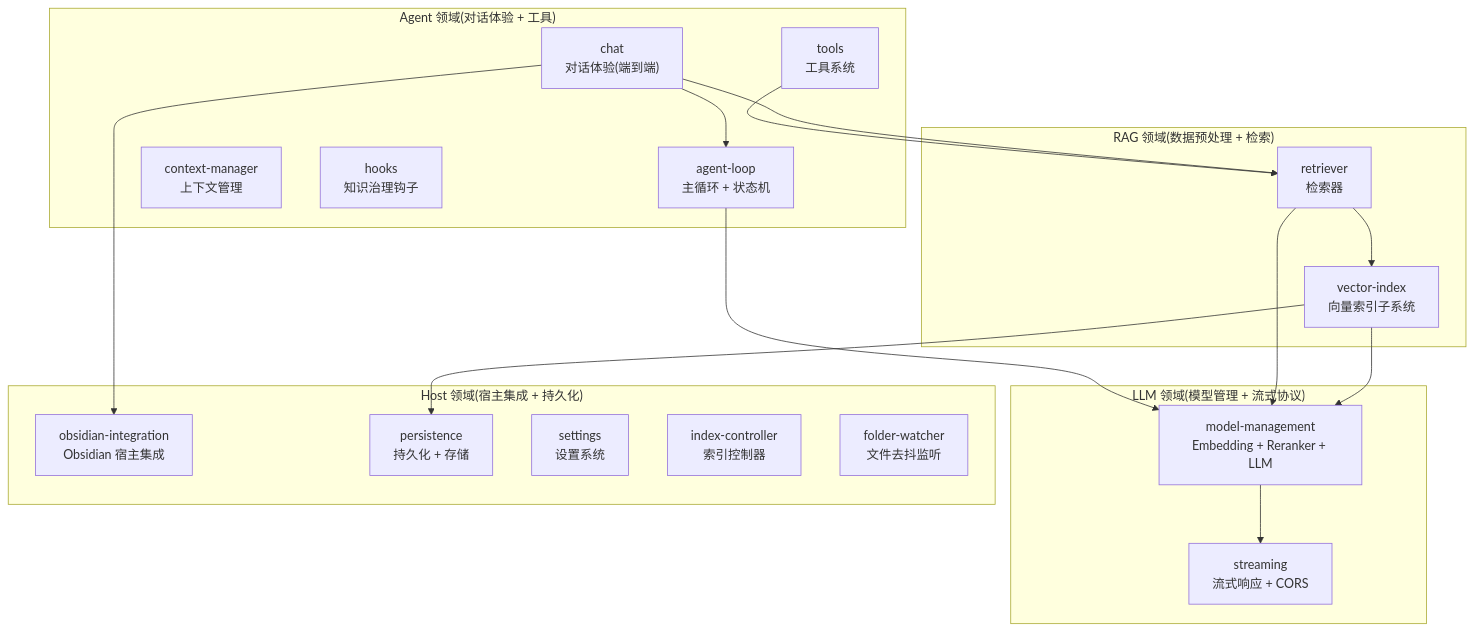
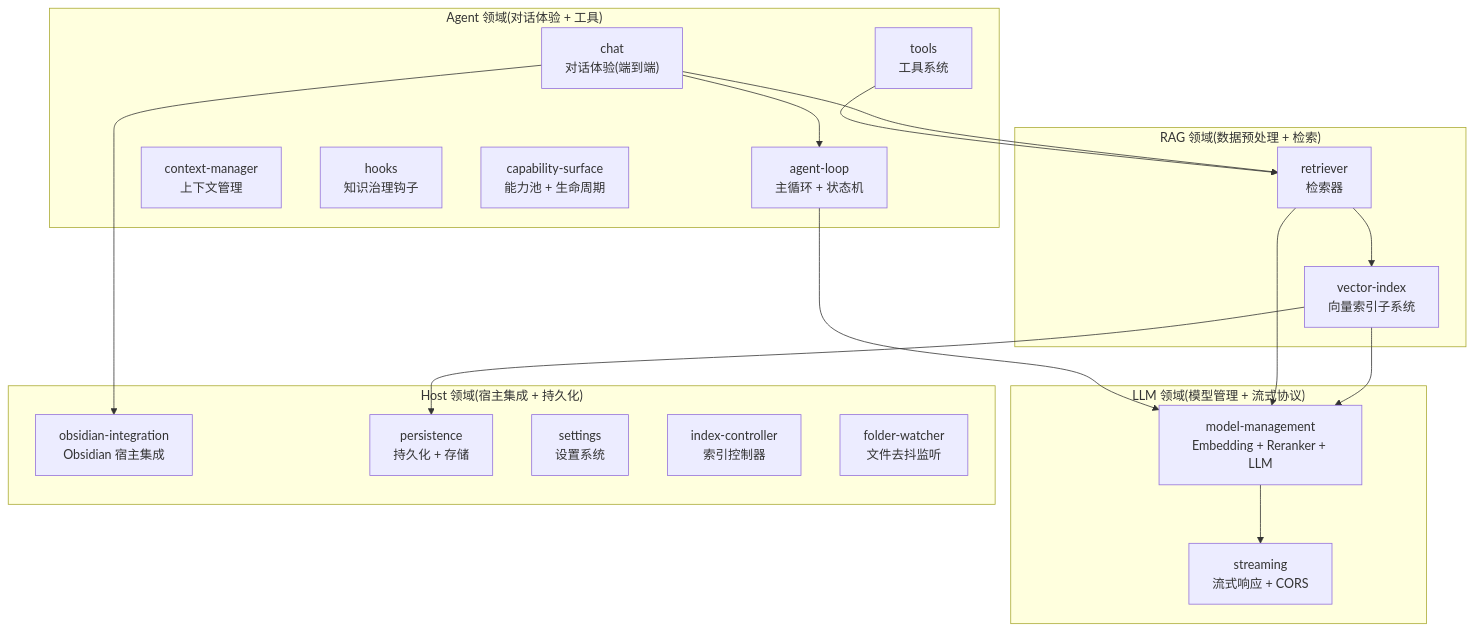
The sixth of 10 diagrams in docs/architecture/overview.md (golddream-y/obsidian-ratel), drawn with Mermaid before and after one commit. The commit also changed other lines of this file and 15 other files, not shown here.

First line of the commit message:
docs(arch): 图谱检索 + MCP 平台 + 能力池架构设计与文档收敛

````diff
--- a/docs/architecture/overview.md
+++ b/docs/architecture/overview.md
@@ -182,39 +184,40 @@
 ```mermaid
 graph TB
     subgraph "RAG 领域(数据预处理 + 检索)"
         R1["vector-index<br/>向量索引子系统"]
         R2["retriever<br/>检索器"]
     end
 
     subgraph "Agent 领域(对话体验 + 工具)"
         A0["chat<br/>对话体验(端到端)"]
         A1["agent-loop<br/>主循环 + 状态机"]
         A2["context-manager<br/>上下文管理"]
         A3["tools<br/>工具系统"]
         A4["hooks<br/>知识治理钩子"]
+        A5["capability-surface<br/>能力池 + 生命周期"]
     end
 
     subgraph "LLM 领域(模型管理 + 流式协议)"
         L1["model-management<br/>Embedding + Reranker + LLM"]
         L2["streaming<br/>流式响应 + CORS"]
     end
 
     subgraph "Host 领域(宿主集成 + 持久化)"
         H1["obsidian-integration<br/>Obsidian 宿主集成"]
         H2["persistence<br/>持久化 + 存储"]
         H3["settings<br/>设置系统"]
         H4["index-controller<br/>索引控制器"]
         H5["folder-watcher<br/>文件去抖监听"]
     end
 
     R2 --> R1
     R1 --> L1
     R2 --> L1
     A0 --> A1
     A0 --> R2
     A1 --> L1
     A3 --> R2
     L1 --> L2
     A0 --> H1
     R1 --> H2
 ```
````
